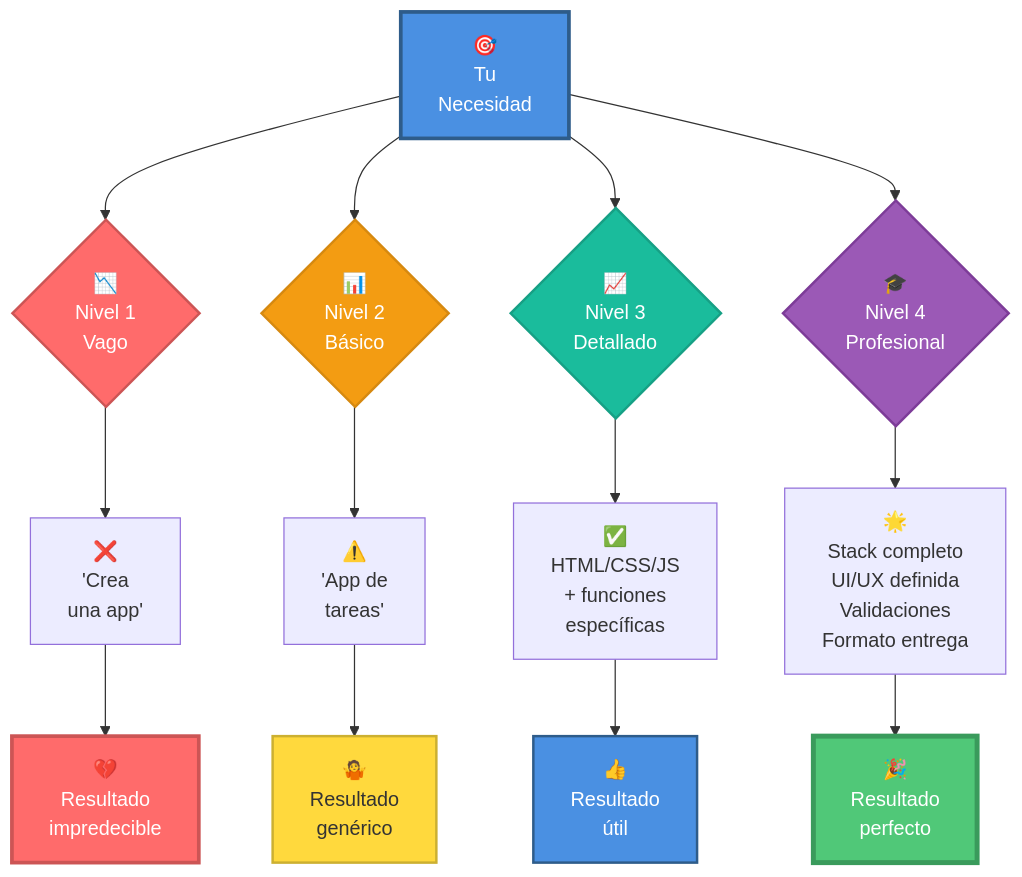
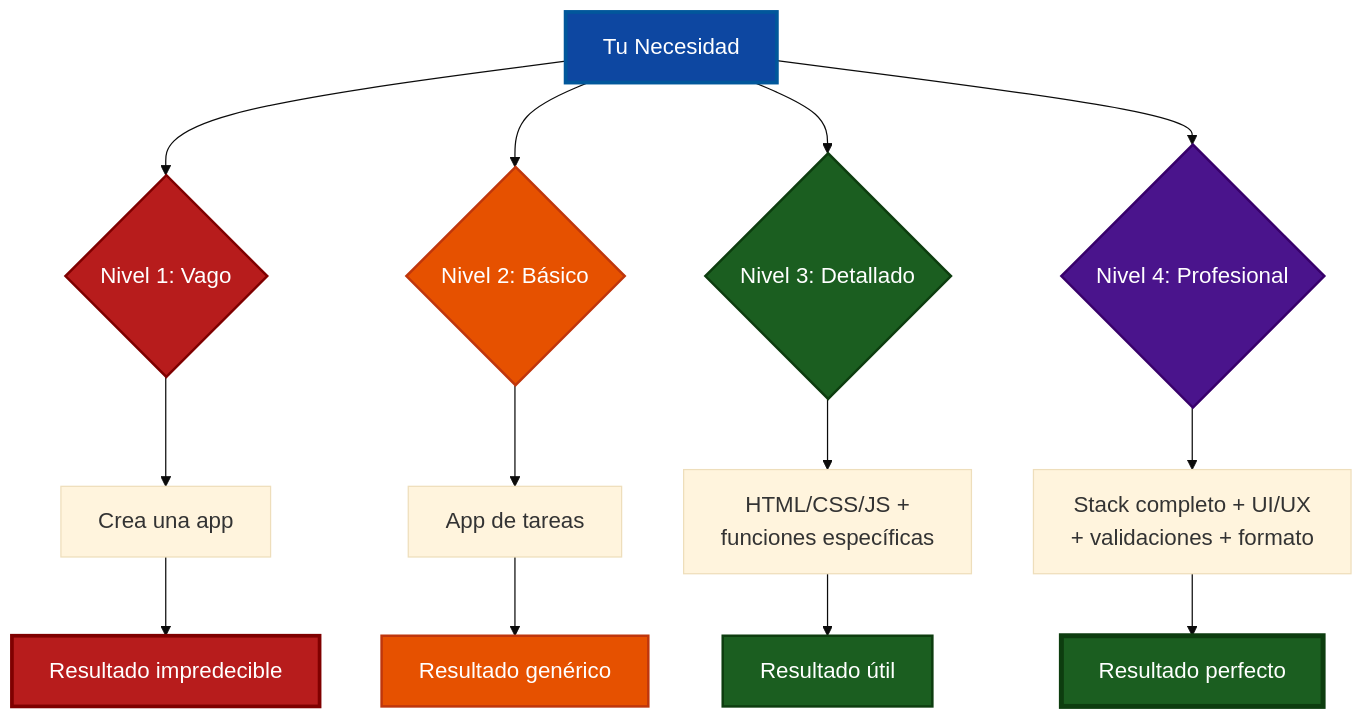
One commit to Ai-Whisperers/Courses-Content changed the second of 18 diagrams in courses/🟡-development/FPUNA-2026/00-FUNDAMENTOS-PRINCIPALES/03-ingenieria-prompts.md. Above: the diagram before and after it, drawn with Mermaid. The commit also changed other lines of this file and 47 other files, not shown here.

First line of the commit message:
fix: Make all 473 diagrams WCAG AAA accessible (FPUNA-2026)

````diff
--- a/courses/🟡-development/FPUNA-2026/00-FUNDAMENTOS-PRINCIPALES/03-ingenieria-prompts.md
+++ b/courses/🟡-development/FPUNA-2026/00-FUNDAMENTOS-PRINCIPALES/03-ingenieria-prompts.md
@@ -90,29 +91,30 @@
 ```mermaid
+%%{init: {'theme':'base', 'themeVariables': {'fontSize':'18px'}}}%%
 flowchart TD
-    Start["🎯<br/>Tu<br/>Necesidad"] --> Level1{"📉<br/>Nivel 1<br/>Vago"}
-    Level1 --> Bad["❌<br/>'Crea<br/>una app'"]
+    Start["Tu Necesidad"] --> Level1{"Nivel 1: Vago"}
+    Level1 --> Bad["Crea una app"]
     
-    Start --> Level2{"📊<br/>Nivel 2<br/>Básico"}
-    Level2 --> OK["⚠️<br/>'App de<br/>tareas'"]
+    Start --> Level2{"Nivel 2: Básico"}
+    Level2 --> OK["App de tareas"]
     
-    Start --> Level3{"📈<br/>Nivel 3<br/>Detallado"}
-    Level3 --> Good["✅<br/>HTML/CSS/JS<br/>+ funciones<br/>específicas"]
+    Start --> Level3{"Nivel 3: Detallado"}
+    Level3 --> Good["HTML/CSS/JS +<br>funciones específicas"]
     
-    Start --> Level4{"🎓<br/>Nivel 4<br/>Profesional"}
-    Level4 --> Great["🌟<br/>Stack completo<br/>UI/UX definida<br/>Validaciones<br/>Formato entrega"]
+    Start --> Level4{"Nivel 4: Profesional"}
+    Level4 --> Great["Stack completo + UI/UX<br>+ validaciones + formato"]
     
-    Bad --> ResultBad["💔<br/>Resultado<br/>impredecible"]
-    OK --> ResultOK["🤷<br/>Resultado<br/>genérico"]
-    Good --> ResultGood["👍<br/>Resultado<br/>útil"]
-    Great --> ResultGreat["🎉<br/>Resultado<br/>perfecto"]
+    Bad --> ResultBad["Resultado impredecible"]
+    OK --> ResultOK["Resultado genérico"]
+    Good --> ResultGood["Resultado útil"]
+    Great --> ResultGreat["Resultado perfecto"]
     
-    style Start fill:#4A90E2,stroke:#2E5C8A,stroke-width:3px,color:#fff
-    style Level1 fill:#FF6B6B,stroke:#CC5555,stroke-width:2px,color:#fff
-    style Level2 fill:#F39C12,stroke:#D68910,stroke-width:2px,color:#fff
-    style Level3 fill:#1ABC9C,stroke:#16A085,stroke-width:2px,color:#fff
-    style Level4 fill:#9B59B6,stroke:#7D3C98,stroke-width:2px,color:#fff
-    style ResultBad fill:#FF6B6B,stroke:#CC5555,stroke-width:3px,color:#fff
-    style ResultOK fill:#FFD93D,stroke:#CCB031,stroke-width:2px,color:#333
-    style ResultGood fill:#4A90E2,stroke:#2E5C8A,stroke-width:2px,color:#fff
-    style ResultGreat fill:#50C878,stroke:#3A9B5C,stroke-width:4px,color:#fff
+    style Start fill:#0d47a1,stroke:#01579b,stroke-width:3px,color:#fff
+    style Level1 fill:#b71c1c,stroke:#7f0000,stroke-width:2px,color:#fff
+    style Level2 fill:#e65100,stroke:#bf360c,stroke-width:2px,color:#fff
+    style Level3 fill:#1b5e20,stroke:#0d3d0f,stroke-width:2px,color:#fff
+    style Level4 fill:#4a148c,stroke:#38006b,stroke-width:2px,color:#fff
+    style ResultBad fill:#b71c1c,stroke:#7f0000,stroke-width:3px,color:#fff
+    style ResultOK fill:#e65100,stroke:#bf360c,stroke-width:2px,color:#fff
+    style ResultGood fill:#1b5e20,stroke:#0d3d0f,stroke-width:2px,color:#fff
+    style ResultGreat fill:#1b5e20,stroke:#0d3d0f,stroke-width:4px,color:#fff
 ```
````
